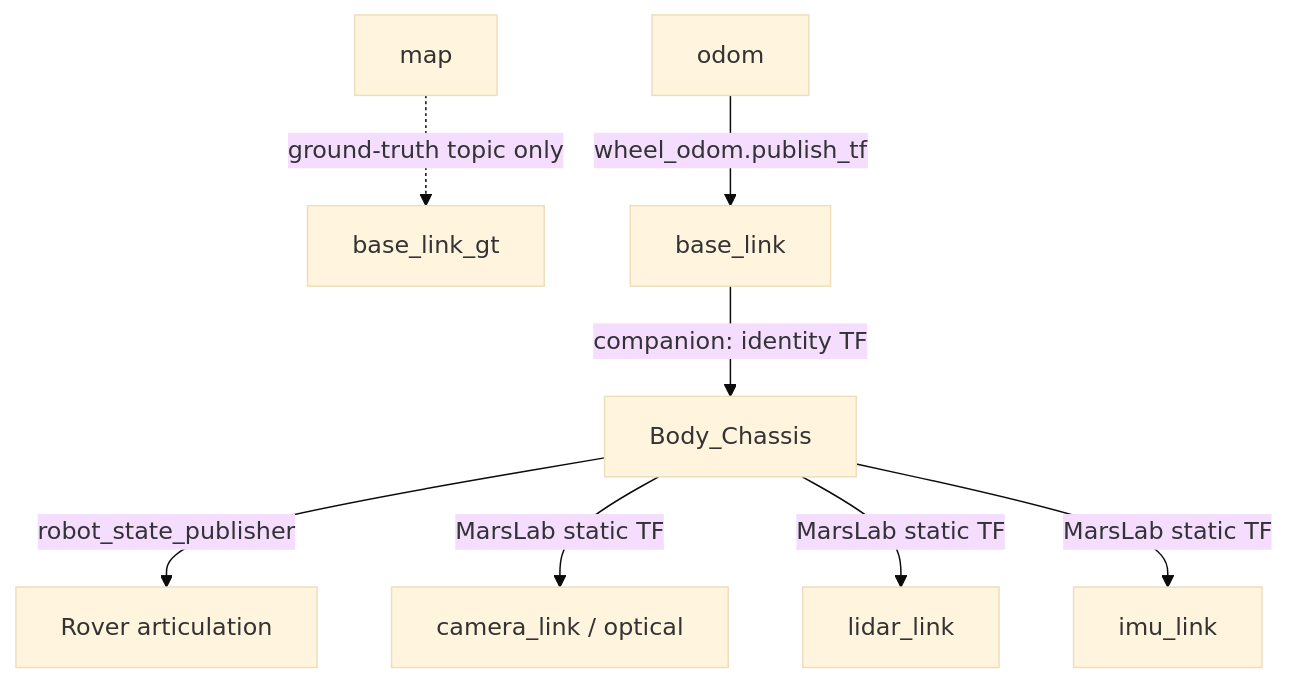
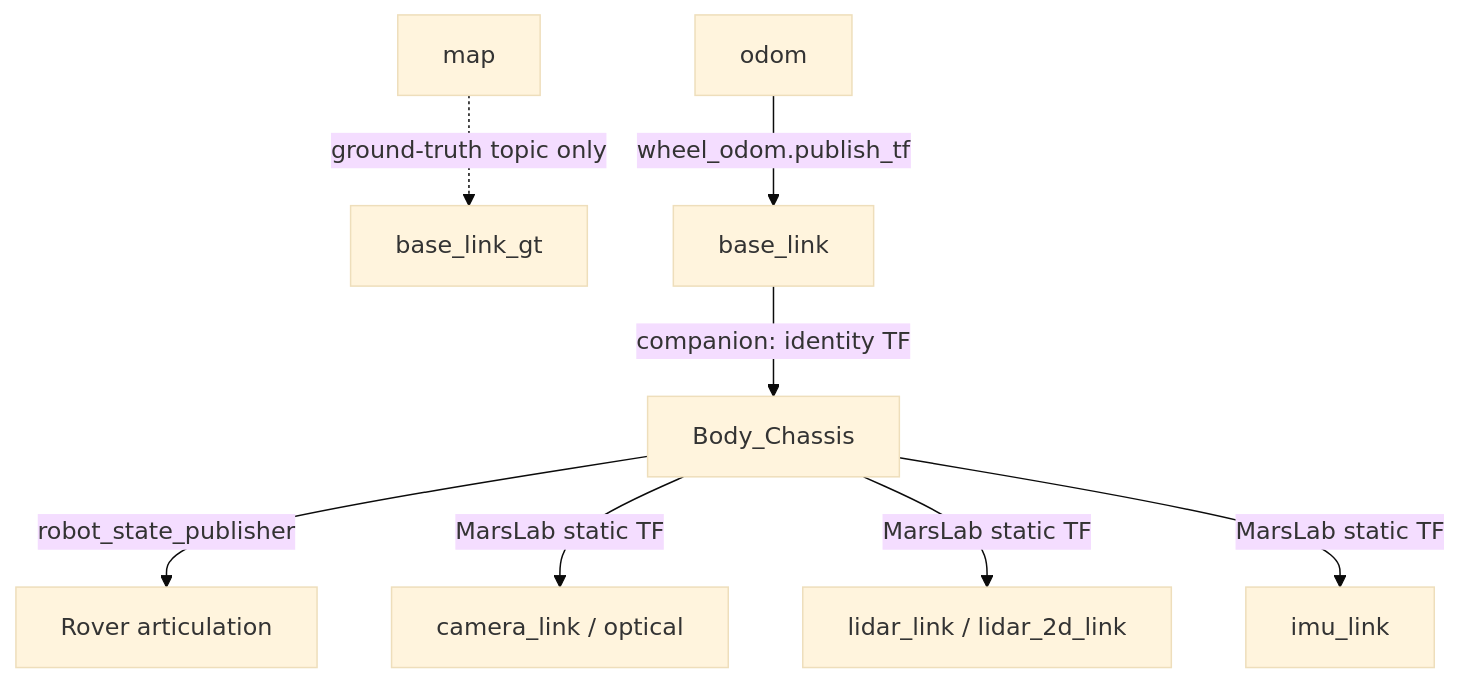
The second of 2 diagrams in README.md (kimhoyun-robotair/MarsLab), drawn with Mermaid (base theme) before and after one commit. The commit also changed other lines of this file and 75 other files, not shown here.

Commit message:
MarsLab Version 1.01, Add 2D LiDAR modeling and sensor prim and more sophisticated physics for rover, renewal light and dust fuctions for more realistic description of mars atmosphere

````diff
--- a/README.md
+++ b/README.md
@@ -358,10 +383,10 @@
 ```mermaid
 flowchart TD
     MAP["map"] -. "ground-truth topic only" .-> GT["base_link_gt"]
     ODOM["odom"] -->|"wheel_odom.publish_tf"| BASE["base_link"]
     BASE -->|"companion: identity TF"| BODY["Body_Chassis"]
     BODY -->|"robot_state_publisher"| JOINTS["Rover articulation"]
     BODY -->|"MarsLab static TF"| CAMERA["camera_link / optical"]
-    BODY -->|"MarsLab static TF"| LIDAR["lidar_link"]
+    BODY -->|"MarsLab static TF"| LIDAR["lidar_link / lidar_2d_link"]
     BODY -->|"MarsLab static TF"| IMU["imu_link"]
 ```
````
